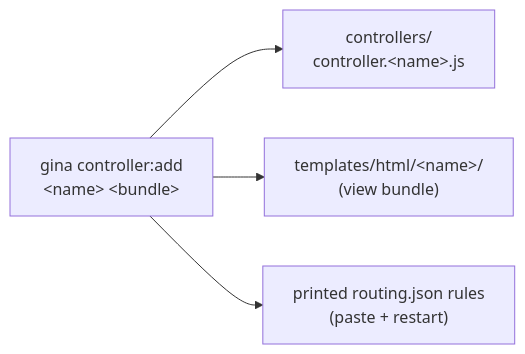
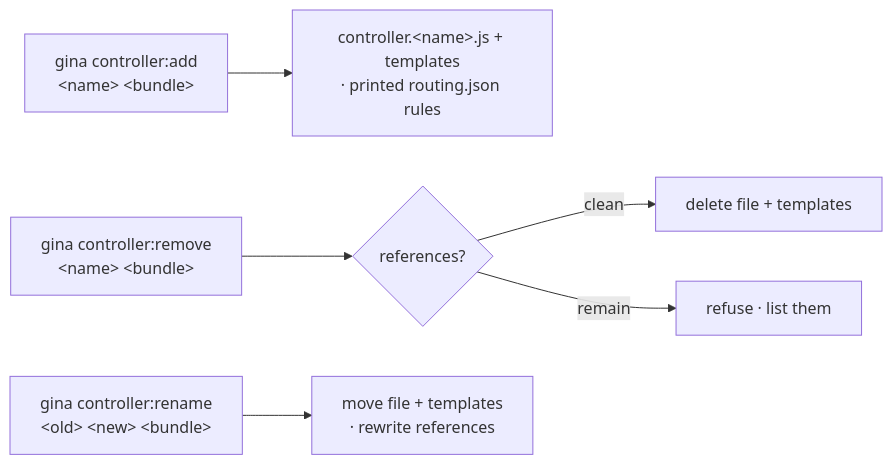
The diagram in docs/cli/controller.md (gina-io/docs), drawn with Mermaid before and after one commit. The commit also changed other lines of this file and 2 other files, not shown here.

Commit message:
Documenting controller:rename and marking the controller CLI shipped in the roadmap (#R9)

````diff
--- a/docs/cli/controller.md
+++ b/docs/cli/controller.md
@@ -26,6 +27,8 @@
 ```mermaid
 flowchart LR
-    A["gina controller:add<br/>&lt;name&gt; &lt;bundle&gt;"] --> B["controllers/<br/>controller.&lt;name&gt;.js"]
-    A --> C["templates/html/&lt;name&gt;/<br/>(view bundle)"]
-    A --> D["printed routing.json rules<br/>(paste + restart)"]
+    ADD["gina controller:add<br/>&lt;name&gt; &lt;bundle&gt;"] --> ADDo["controller.&lt;name&gt;.js + templates<br/>· printed routing.json rules"]
+    REM["gina controller:remove<br/>&lt;name&gt; &lt;bundle&gt;"] --> SCAN{"references?"}
+    SCAN -->|clean| DEL["delete file + templates"]
+    SCAN -->|remain| REF["refuse · list them"]
+    REN["gina controller:rename<br/>&lt;old&gt; &lt;new&gt; &lt;bundle&gt;"] --> RENo["move file + templates<br/>· rewrite references"]
 ```
````
